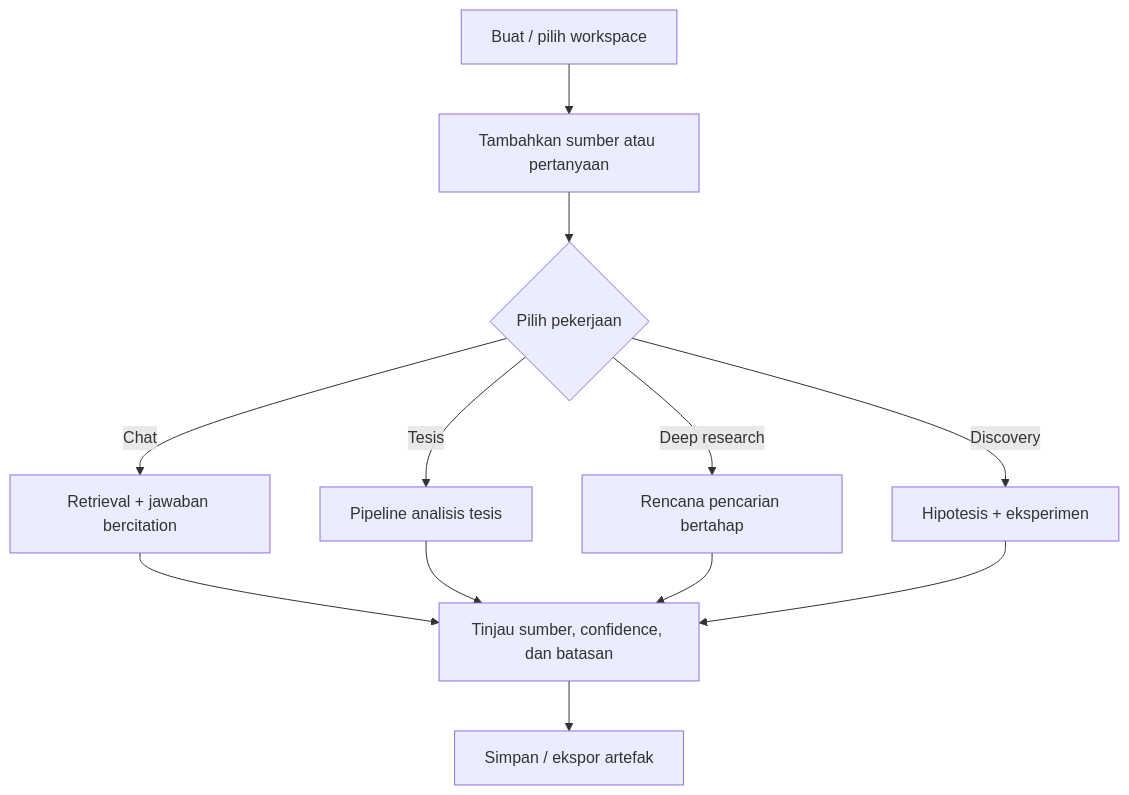
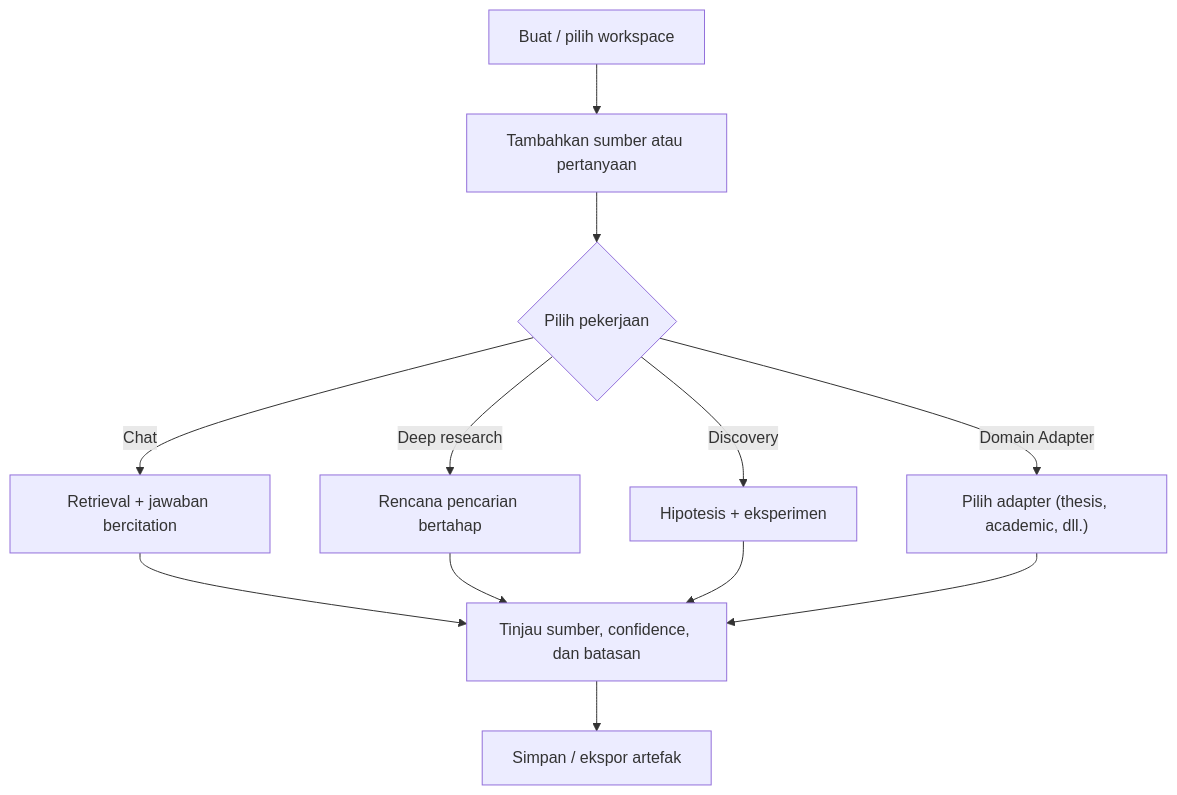
One commit to fmgaming180118/jaya-platform changed the second of 3 diagrams in docs/WORKFLOWS.md. Above: the diagram before and after it, drawn with Mermaid. The commit also changed other lines of this file and 19 other files, not shown here.

````diff
--- a/docs/WORKFLOWS.md
+++ b/docs/WORKFLOWS.md
@@ -9,14 +101,14 @@
 ```mermaid
 flowchart TD
     START["Buat / pilih workspace"] --> INPUT["Tambahkan sumber atau pertanyaan"]
     INPUT --> MODE{"Pilih pekerjaan"}
     MODE -->|Chat| RAG["Retrieval + jawaban bercitation"]
-    MODE -->|Tesis| THESIS["Pipeline analisis tesis"]
     MODE -->|Deep research| DEEP["Rencana pencarian bertahap"]
     MODE -->|Discovery| DISC["Hipotesis + eksperimen"]
+    MODE -->|Domain Adapter| ADAPTER["Pilih adapter (thesis, academic, dll.)"]
     RAG --> REVIEW["Tinjau sumber, confidence, dan batasan"]
-    THESIS --> REVIEW
     DEEP --> REVIEW
     DISC --> REVIEW
+    ADAPTER --> REVIEW
     REVIEW --> EXPORT["Simpan / ekspor artefak"]
 ```
````
